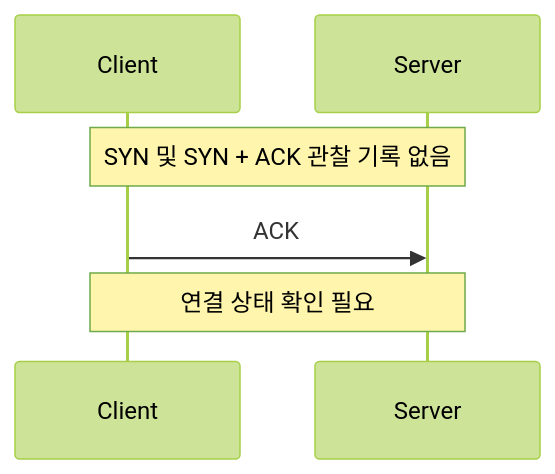
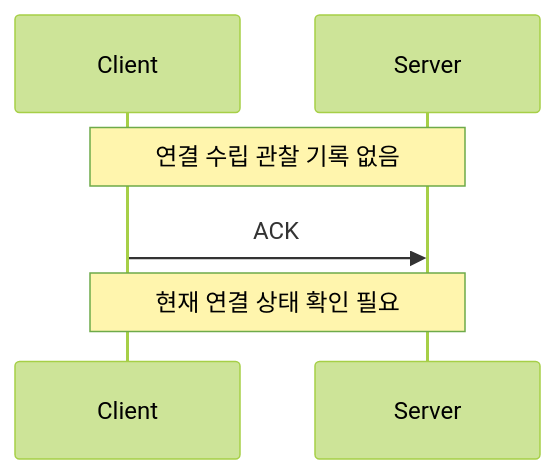
One commit to jjihhwaan/jjihhwaan.github.io changed the third of 6 diagrams in _posts/2026-11-27-ids-ips.md. Above: the diagram before and after it, drawn with Mermaid (forest theme). The commit also changed other lines of this file, not shown here.

````diff
--- a/_posts/2026-11-27-ids-ips.md
+++ b/_posts/2026-11-27-ids-ips.md
@@ -335,9 +401,8 @@
 ```mermaid
 sequenceDiagram
     participant C as Client
     participant S as Server
-
-    Note over C,S: SYN 및 SYN + ACK 관찰 기록 없음
+    Note over C,S: 연결 수립 관찰 기록 없음
     C->>S: ACK
-    Note over C,S: 연결 상태 확인 필요
+    Note over C,S: 현재 연결 상태 확인 필요
 ```
````
